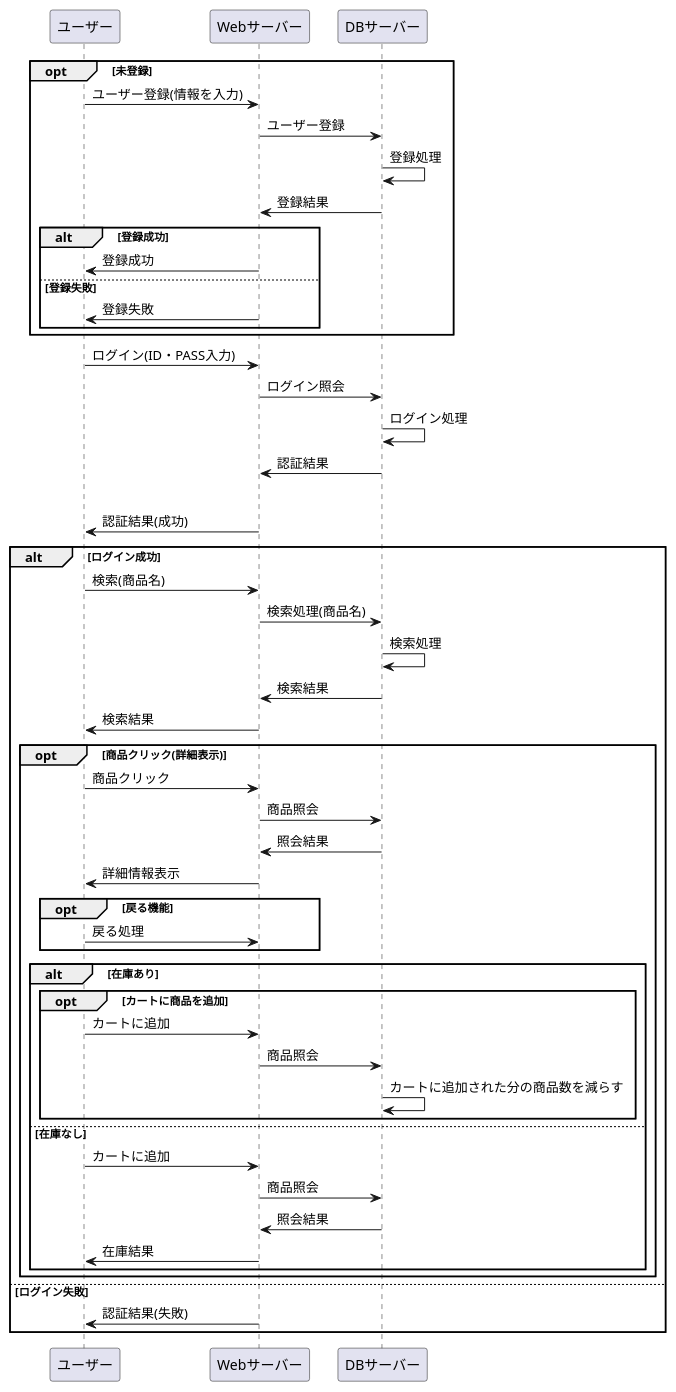
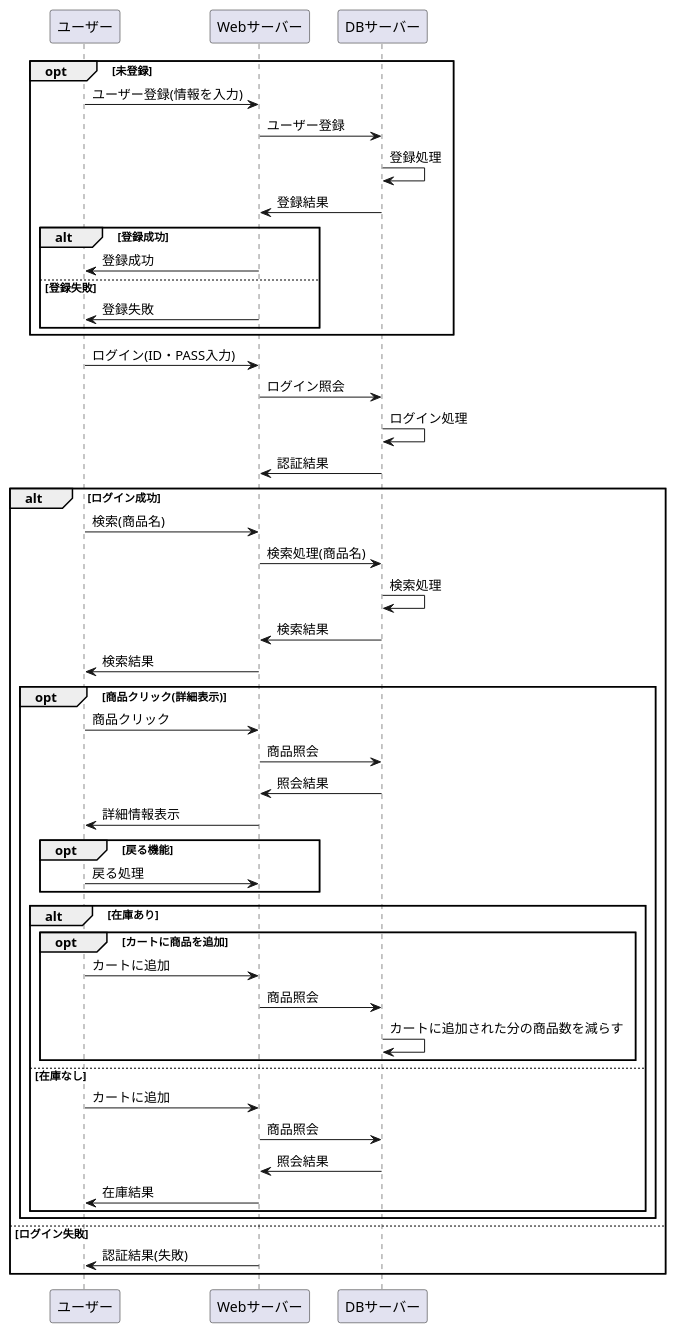
One commit to Aso2001184/2021sys-design changed the diagram in あの消し.業務フロー.md. Above: the diagram before and after it, drawn with PlantUML.

````diff
--- a/あの消し.業務フロー.md
+++ b/あの消し.業務フロー.md
@@ -1,61 +1,58 @@
 ```uml
 @startuml
 opt 未登録
 ユーザー -> Webサーバー : ユーザー登録(情報を入力)
 Webサーバー -> DBサーバー : ユーザー登録
 DBサーバー -> DBサーバー : 登録処理
 DBサーバー -> Webサーバー : 登録結果
 
 alt 登録成功
 Webサーバー -> ユーザー : 登録成功
 else 登録失敗
 Webサーバー -> ユーザー : 登録失敗
 end
 end
 
 ユーザー -> Webサーバー : ログイン(ID・PASS入力)
 Webサーバー -> DBサーバー : ログイン照会
 DBサーバー -> DBサーバー : ログイン処理
 DBサーバー -> Webサーバー : 認証結果
-
-alt ログイン成功
-Webサーバー -> ユーザー : 認証結果(成功)
 
 alt ログイン成功
 
 
 ユーザー -> Webサーバー : 検索(商品名)
 Webサーバー -> DBサーバー : 検索処理(商品名)
 DBサーバー -> DBサーバー : 検索処理
 DBサーバー -> Webサーバー : 検索結果
 Webサーバー -> ユーザー : 検索結果
 
 opt 商品クリック(詳細表示)
 ユーザー -> Webサーバー : 商品クリック
 Webサーバー -> DBサーバー : 商品照会
 DBサーバー -> Webサーバー : 照会結果
 Webサーバー -> ユーザー : 詳細情報表示
 opt 戻る機能
 ユーザー -> Webサーバー : 戻る処理
 end
 
 alt 在庫あり
 opt カートに商品を追加
 ユーザー -> Webサーバー : カートに追加
 Webサーバー -> DBサーバー : 商品照会
 DBサーバー -> DBサーバー : カートに追加された分の商品数を減らす
 end
 
 else 在庫なし
 ユーザー -> Webサーバー : カートに追加
 Webサーバー -> DBサーバー : 商品照会
 DBサーバー -> Webサーバー : 照会結果
 Webサーバー -> ユーザー : 在庫結果
 end
 end
 
 else ログイン失敗
 Webサーバー -> ユーザー : 認証結果(失敗)
 end
 @enduml
 ```
````
